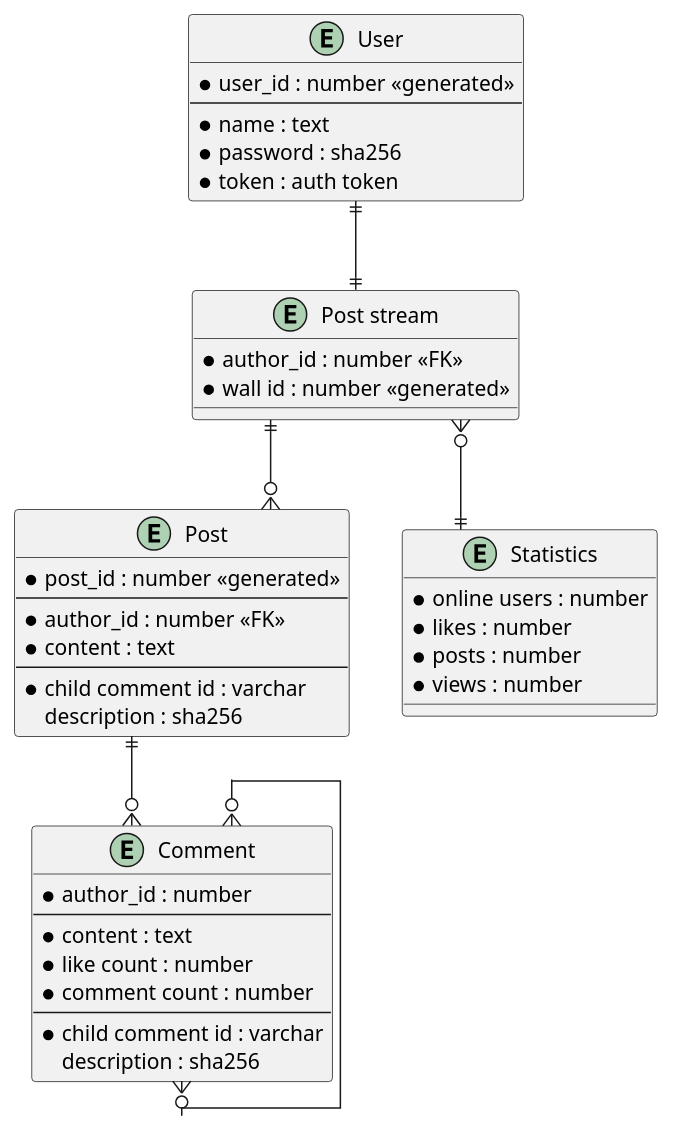
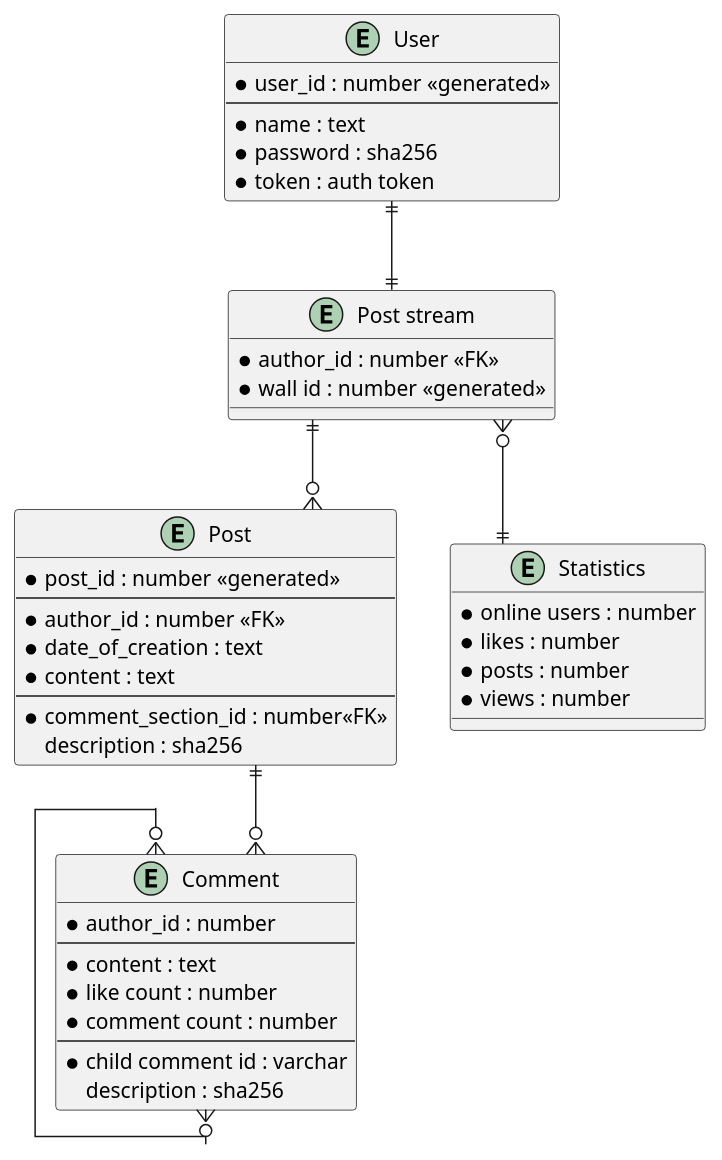
Before and after one commit to what-the-fawk/soa: the diagram in doc/er.puml, drawn with PlantUML. The commit also changed 17 other files, not shown here.

```diff
--- a/doc/er.puml
+++ b/doc/er.puml
@@ -1,58 +1,59 @@
 @startuml entity
 ' hide the spot
 ' hide circle
 
 ' avoid problems with angled crows feet
 skinparam linetype ortho
 
 entity "User" as user {
   * user_id : number <<generated>>
   --
   * name : text
   * password : sha256
   * token : auth token
 }
 
 entity "Post" as post {
   * post_id : number <<generated>>
   --
   * author_id : number <<FK>>
+  * date_of_creation : text
   * content : text
   --
-  * child comment id : varchar
+  * comment_section_id : number<<FK>>
   description : sha256
 }
 
 entity "Comment" as comment {
   *author_id : number
   --
   * content : text
   * like count : number
   * comment count : number
   --
   * child comment id : varchar
   description : sha256
 }
 
 entity "Statistics" as stats {
   * online users : number
   * likes : number
   * posts : number
   * views : number
 }
 
 
 entity "Post stream" as posts {
   * author_id : number <<FK>>
   * wall id : number <<generated>>
 }
 
 
 user ||--|| posts
 posts }o--|| stats
 posts ||--o{ post
 post ||--o{ comment
 comment }o--o{ comment
 
 
 @enduml
```
